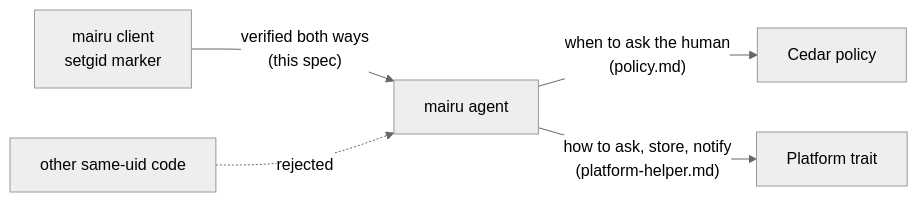
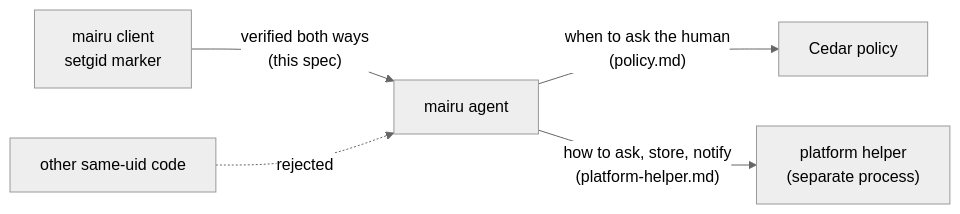
The first of 6 diagrams in docs/specs/hardening.md (sorah/mairu), drawn with Mermaid (neutral theme) before and after one commit. The commit also changed other lines of this file and 2 other files, not shown here.

First line of the commit message:
docs/specs: always run platform services in the helper

````diff
--- a/docs/specs/hardening.md
+++ b/docs/specs/hardening.md
@@ -14,7 +14,7 @@
 ```mermaid
 flowchart LR
   C["mairu client<br/>setgid marker"] -- "verified both ways<br/>(this spec)" --> A["mairu agent"]
   X["other same-uid code"] -. "rejected" .-> A
   A -- "when to ask the human<br/>(policy.md)" --> P["Cedar policy"]
-  A -- "how to ask, store, notify<br/>(platform-helper.md)" --> F["Platform trait"]
+  A -- "how to ask, store, notify<br/>(platform-helper.md)" --> F["platform helper<br/>(separate process)"]
 ```
````
